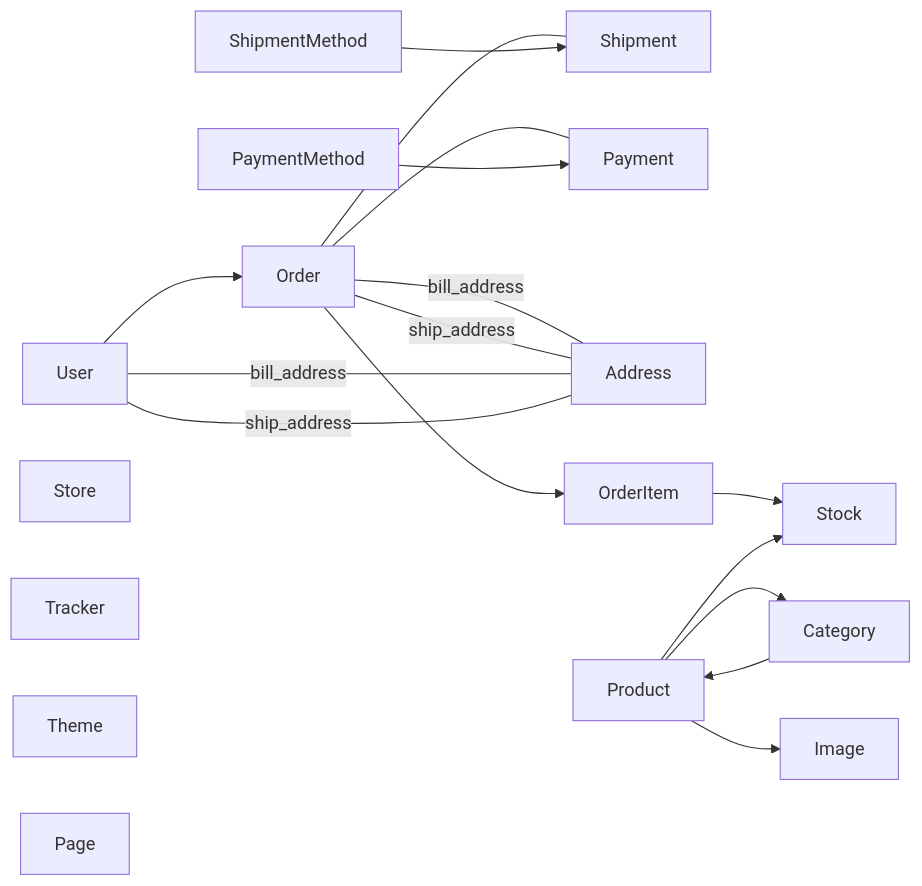
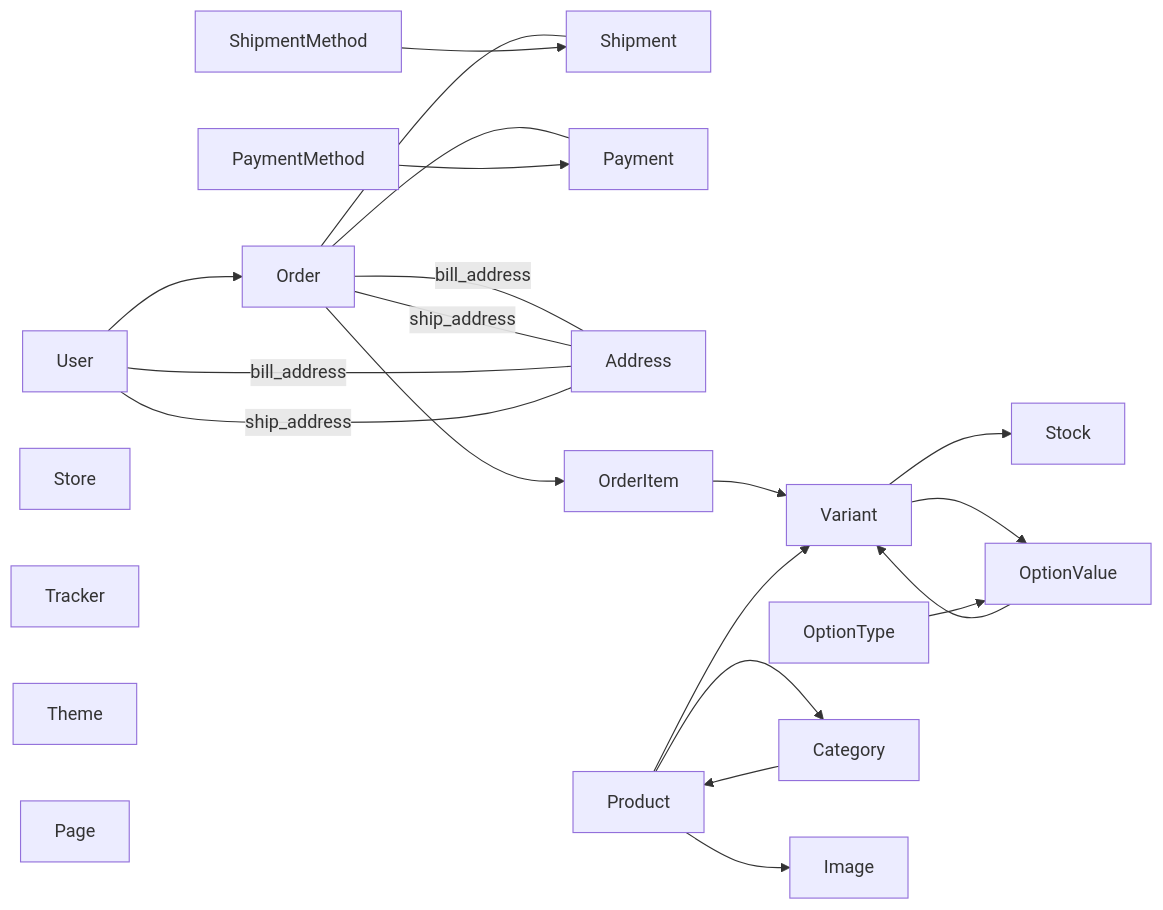
One commit to hyoshida/comable-guide changed the diagram in ja/developer/models.md. Above: the diagram before and after it, drawn with Mermaid. The commit also changed 5 other files, not shown here.

Commit message:
Add Variant, OptionType and OptionValue

````diff
--- a/ja/developer/models.md
+++ b/ja/developer/models.md
@@ -5,22 +5,26 @@
 ```mermaid
 graph LR;
     Order --- Shipment;
     Order --- Payment;
     Order -- bill_address --- Address;
     Order -- ship_address --- Address;
     Order --> OrderItem;
-    OrderItem --> Stock;
-    Product --> Stock;
+    OrderItem --> Variant;
+    Product --> Variant;
+    Variant --> Stock;
+    Variant --> OptionValue;
+    OptionValue --> Variant;
+    OptionType --> OptionValue;
     Product --> Category;
     Category --> Product;
     Product --> Image;
     User -- bill_address --- Address;
     User -- ship_address --- Address;
     User --> Order;
     ShipmentMethod --> Shipment;
     PaymentMethod --> Payment;
     Store;
     Tracker;
     Theme;
     Page;
 ```
````
